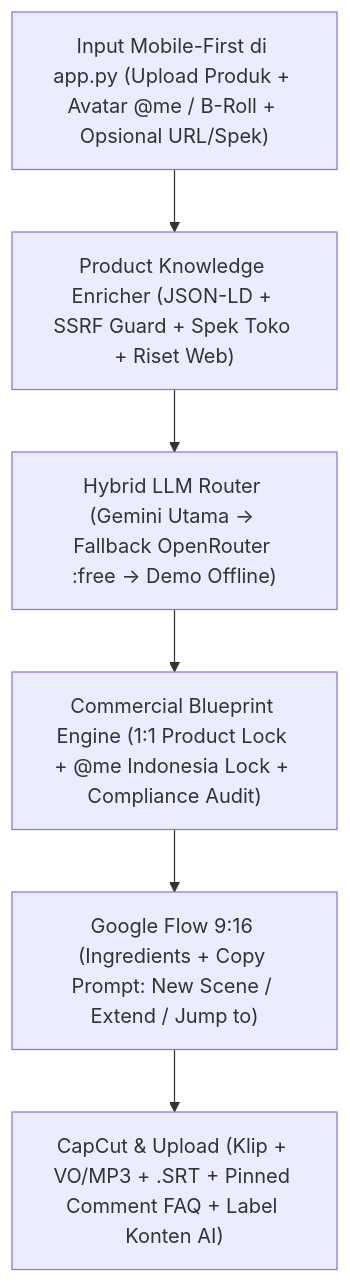
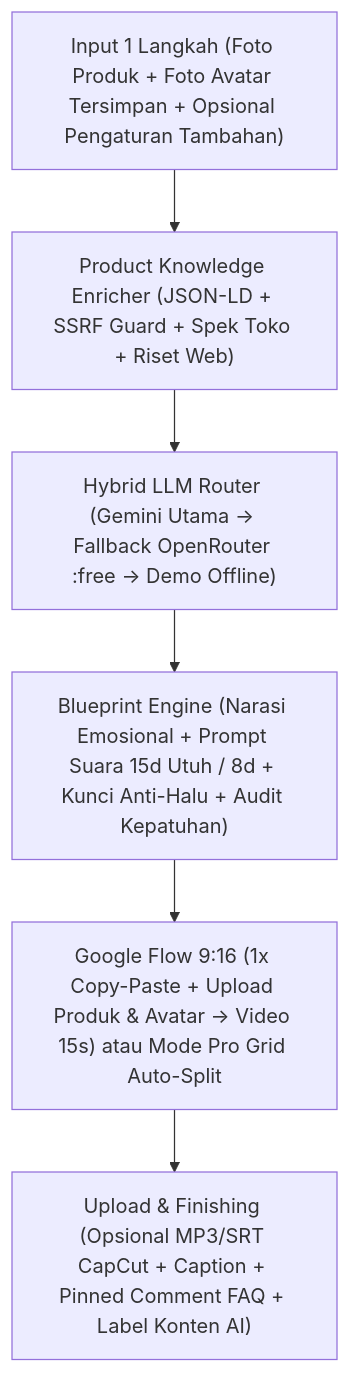
One commit to bamsmart/video_affliate_generator changed the diagram in README.id.md. Above: the diagram before and after it, drawn with Mermaid. The commit also changed other lines of this file and 20 other files, not shown here.

Commit message:
feat: add 1x copy-paste 15s talking avatar studio, UGC director skill, and auto turnaround sheet

````diff
--- a/README.id.md
+++ b/README.id.md
@@ -40,12 +36,12 @@
 ```mermaid
 flowchart TD
-    IN["Input Mobile-First di app.py (Upload Produk + Avatar @me / B-Roll + Opsional URL/Spek)"]
+    IN["Input 1 Langkah (Foto Produk + Foto Avatar Tersimpan + Opsional Pengaturan Tambahan)"]
     --> ENR["Product Knowledge Enricher (JSON-LD + SSRF Guard + Spek Toko + Riset Web)"]
 
     ENR --> LLM["Hybrid LLM Router (Gemini Utama -> Fallback OpenRouter :free -> Demo Offline)"]
 
-    LLM --> ENG["Commercial Blueprint Engine (1:1 Product Lock + @me Indonesia Lock + Compliance Audit)"]
+    LLM --> ENG["Blueprint Engine (Narasi Emosional + Prompt Suara 15d Utuh / 8d + Kunci Anti-Halu + Audit Kepatuhan)"]
 
-    ENG --> FLOW["Google Flow 9:16 (Ingredients + Copy Prompt: New Scene / Extend / Jump to)"]
-    FLOW --> CAP["CapCut & Upload (Klip + VO/MP3 + .SRT + Pinned Comment FAQ + Label Konten AI)"]
+    ENG --> FLOW["Google Flow 9:16 (1x Copy-Paste + Upload Produk & Avatar -> Video 15s) atau Mode Pro Grid Auto-Split"]
+    FLOW --> CAP["Upload & Finishing (Opsional MP3/SRT CapCut + Caption + Pinned Comment FAQ + Label Konten AI)"]
 ```
````
